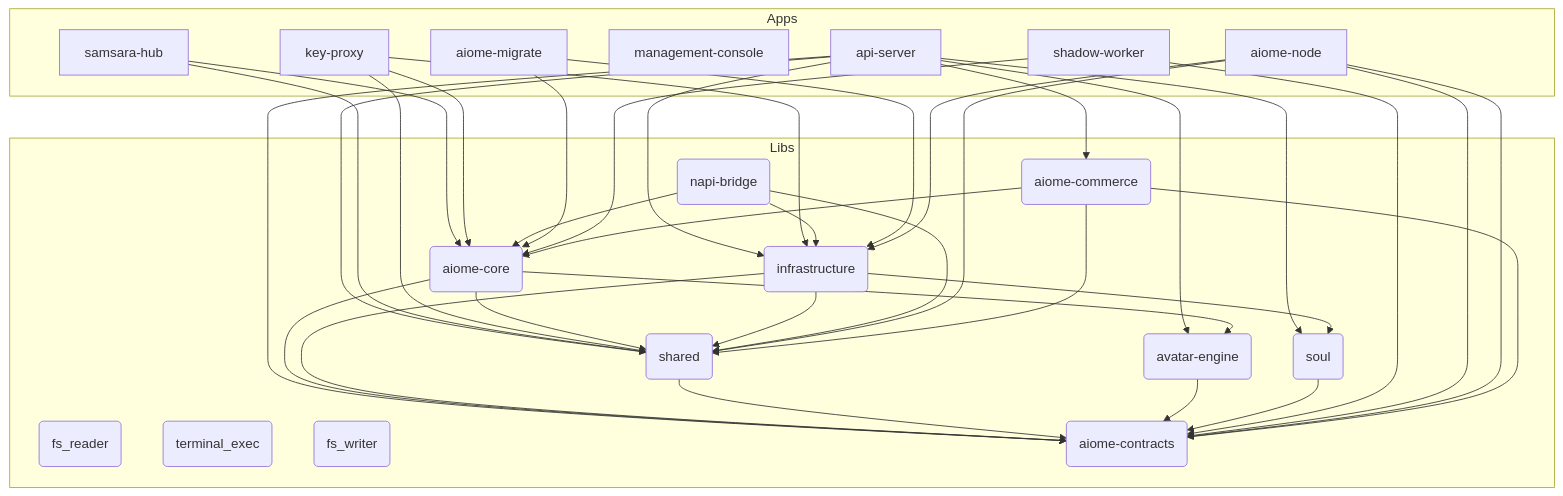
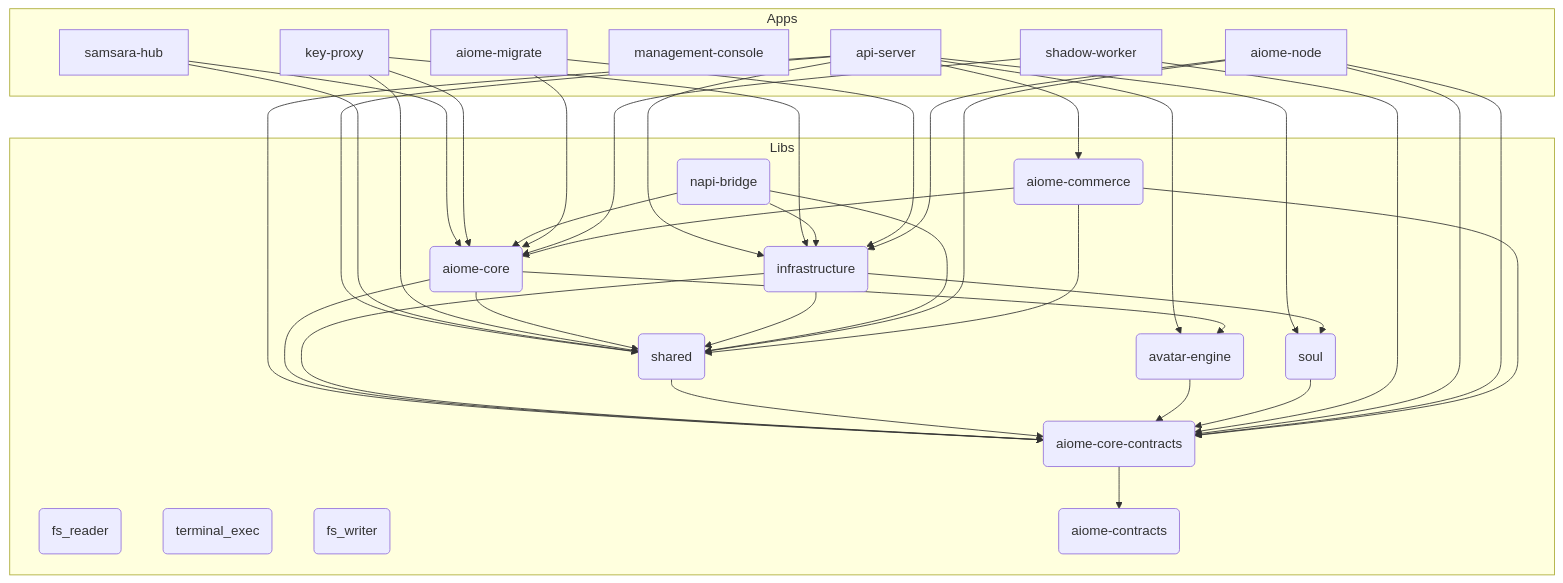
Before and after one commit to for4xex-droid/modular-open-claw: the diagram in ARCHITECTURE.md, drawn with Mermaid. The commit also changed other lines of this file and 32 other files, not shown here.

First line of the commit message:
feat(core): harden watchtower diagnostic loop and api-server bootstrap (Phase C-2 & MVP A-1~A-4)

````diff
--- a/ARCHITECTURE.md
+++ b/ARCHITECTURE.md
@@ -23,61 +23,63 @@
 ```mermaid
 graph TD
     subgraph Apps
         api-server[api-server]
         samsara-hub[samsara-hub]
         key-proxy[key-proxy]
         management-console[management-console]
         aiome-migrate[aiome-migrate]
         shadow-worker[shadow-worker]
         aiome-node[aiome-node]
     end
 
     subgraph Libs
         aiome-core(aiome-core)
         infrastructure(infrastructure)
         shared(shared)
         avatar-engine(avatar-engine)
         fs_reader(fs_reader)
         terminal_exec(terminal_exec)
         fs_writer(fs_writer)
         napi-bridge(napi-bridge)
         aiome-contracts(aiome-contracts)
+        aiome-core-contracts(aiome-core-contracts)
         soul(soul)
         aiome-commerce(aiome-commerce)
     end
 
     api-server --> soul
     api-server --> infrastructure
     api-server --> shared
     api-server --> avatar-engine
-    api-server --> aiome-contracts
+    api-server --> aiome-core-contracts
     api-server --> aiome-commerce
     samsara-hub --> aiome-core
     samsara-hub --> shared
     key-proxy --> aiome-core
     key-proxy --> shared
     key-proxy --> infrastructure
     aiome-core --> shared
-    aiome-core --> aiome-contracts
+    aiome-core --> aiome-core-contracts
     aiome-core --> avatar-engine
     infrastructure --> soul
-    infrastructure --> aiome-contracts
+    infrastructure --> aiome-core-contracts
     infrastructure --> shared
-    shared --> aiome-contracts
-    avatar-engine --> aiome-contracts
+    shared --> aiome-core-contracts
+    avatar-engine --> aiome-core-contracts
     napi-bridge --> aiome-core
     napi-bridge --> infrastructure
     napi-bridge --> shared
-    soul --> aiome-contracts
+    aiome-core-contracts --> aiome-contracts
+    soul --> aiome-core-contracts
     aiome-migrate --> aiome-core
     aiome-migrate --> infrastructure
-    shadow-worker --> aiome-contracts
+    shadow-worker --> aiome-core-contracts
     shadow-worker --> aiome-core
-    aiome-node --> aiome-contracts
+    aiome-node --> aiome-core-contracts
     aiome-node --> shared
     aiome-node --> infrastructure
-    aiome-node --> aiome-contracts
-    aiome-commerce --> aiome-contracts
+    aiome-node --> aiome-core-contracts
+    aiome-commerce --> aiome-core-contracts
     aiome-commerce --> aiome-core
     aiome-commerce --> shared
 ```
````
